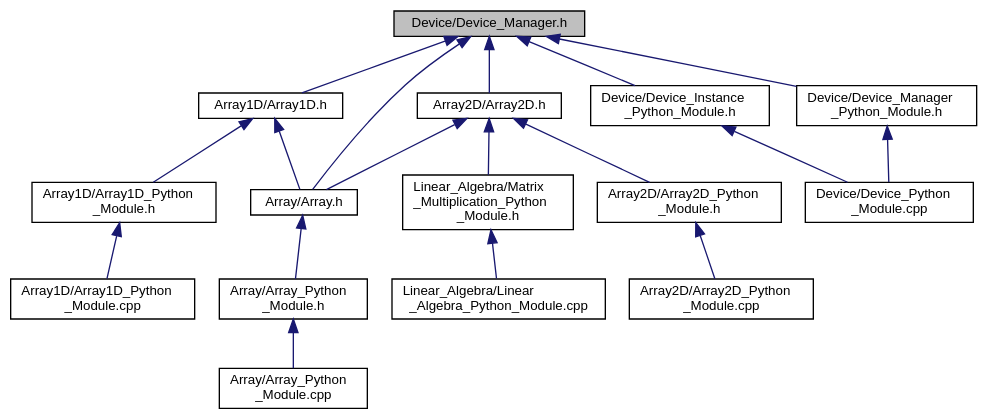
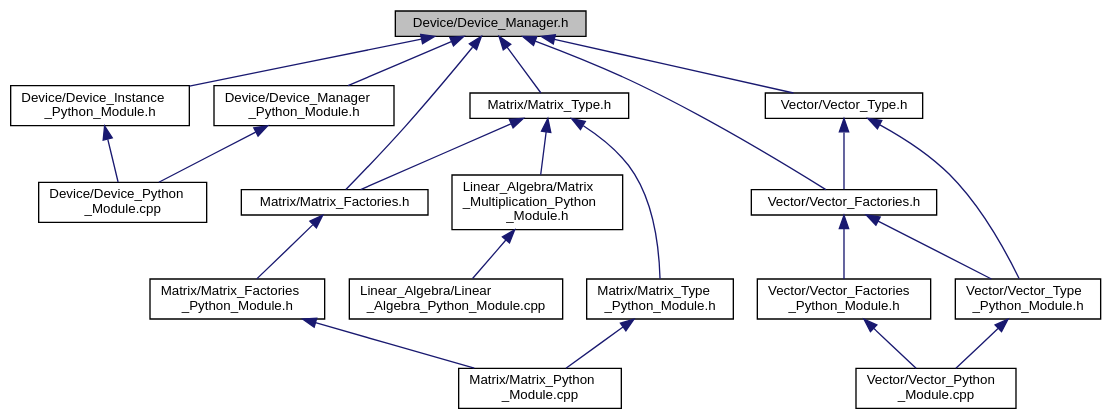
One commit to OsmanAEG/PySYCL changed the diagram in docs/PySYCL_doxygen_html/_device___manager_8h__dep__incl.dot. Above: the diagram before and after it, drawn with Graphviz. The commit also changed 350 other files, not shown here.

```diff
--- a/docs/PySYCL_doxygen_html/_device___manager_8h__dep__incl.dot
+++ b/docs/PySYCL_doxygen_html/_device___manager_8h__dep__incl.dot
@@ -1,40 +1,45 @@
 digraph "Device/Device_Manager.h"
 {
  // INTERACTIVE_SVG=YES
  // LATEX_PDF_SIZE
   bgcolor="transparent";
   edge [fontname="Helvetica",fontsize="10",labelfontname="Helvetica",labelfontsize="10"];
   node [fontname="Helvetica",fontsize="10",shape=record];
   Node1 [label="Device/Device_Manager.h",height=0.2,width=0.4,color="black", fillcolor="grey75", style="filled", fontcolor="black",tooltip="Device instance for device selection in PySYCL."];
   Node1 -> Node2 [dir="back",color="midnightblue",fontsize="10",style="solid",fontname="Helvetica"];
-  Node2 [label="Array/Array.h",height=0.2,width=0.4,color="black",URL="$_array_8h.html",tooltip="Array in PySYCL."];
+  Node2 [label="Device/Device_Instance\l_Python_Module.h",height=0.2,width=0.4,color="black",URL="$_device___instance___python___module_8h.html",tooltip="Python module for device instance in PySYCL."];
   Node2 -> Node3 [dir="back",color="midnightblue",fontsize="10",style="solid",fontname="Helvetica"];
-  Node3 [label="Array/Array_Python\l_Module.h",height=0.2,width=0.4,color="black",URL="$_array___python___module_8h.html",tooltip="Python module for an array object in PySYCL."];
-  Node3 -> Node4 [dir="back",color="midnightblue",fontsize="10",style="solid",fontname="Helvetica"];
-  Node4 [label="Array/Array_Python\l_Module.cpp",height=0.2,width=0.4,color="black",URL="$_array___python___module_8cpp.html",tooltip="Python module for array in PySYCL."];
+  Node3 [label="Device/Device_Python\l_Module.cpp",height=0.2,width=0.4,color="black",URL="$_device___python___module_8cpp.html",tooltip="Python module for device in PySYCL."];
+  Node1 -> Node4 [dir="back",color="midnightblue",fontsize="10",style="solid",fontname="Helvetica"];
+  Node4 [label="Device/Device_Manager\l_Python_Module.h",height=0.2,width=0.4,color="black",URL="$_device___manager___python___module_8h.html",tooltip="Python module for device instance in PySYCL."];
+  Node4 -> Node3 [dir="back",color="midnightblue",fontsize="10",style="solid",fontname="Helvetica"];
   Node1 -> Node5 [dir="back",color="midnightblue",fontsize="10",style="solid",fontname="Helvetica"];
-  Node5 [label="Array1D/Array1D.h",height=0.2,width=0.4,color="black",URL="$_array1_d_8h.html",tooltip="Array1D in PySYCL."];
-  Node5 -> Node2 [dir="back",color="midnightblue",fontsize="10",style="solid",fontname="Helvetica"];
+  Node5 [label="Matrix/Matrix_Factories.h",height=0.2,width=0.4,color="black",URL="$_matrix___factories_8h.html",tooltip="PySYCL Matrix Factories."];
   Node5 -> Node6 [dir="back",color="midnightblue",fontsize="10",style="solid",fontname="Helvetica"];
-  Node6 [label="Array1D/Array1D_Python\l_Module.h",height=0.2,width=0.4,color="black",URL="$_array1_d___python___module_8h.html",tooltip="Python module for an array_1d object in PySYCL."];
+  Node6 [label="Matrix/Matrix_Factories\l_Python_Module.h",height=0.2,width=0.4,color="black",URL="$_matrix___factories___python___module_8h.html",tooltip="Python module for an matrix factories in PySYCL."];
   Node6 -> Node7 [dir="back",color="midnightblue",fontsize="10",style="solid",fontname="Helvetica"];
-  Node7 [label="Array1D/Array1D_Python\l_Module.cpp",height=0.2,width=0.4,color="black",URL="$_array1_d___python___module_8cpp.html",tooltip="Python module for array_1d in PySYCL."];
+  Node7 [label="Matrix/Matrix_Python\l_Module.cpp",height=0.2,width=0.4,color="black",URL="$_matrix___python___module_8cpp.html",tooltip="Python module for matrices in PySYCL."];
   Node1 -> Node8 [dir="back",color="midnightblue",fontsize="10",style="solid",fontname="Helvetica"];
-  Node8 [label="Array2D/Array2D.h",height=0.2,width=0.4,color="black",URL="$_array2_d_8h.html",tooltip="Array2D in PySYCL."];
-  Node8 -> Node2 [dir="back",color="midnightblue",fontsize="10",style="solid",fontname="Helvetica"];
+  Node8 [label="Matrix/Matrix_Type.h",height=0.2,width=0.4,color="black",URL="$_matrix___type_8h.html",tooltip="Matrix Type Object in PySYCL."];
   Node8 -> Node9 [dir="back",color="midnightblue",fontsize="10",style="solid",fontname="Helvetica"];
-  Node9 [label="Array2D/Array2D_Python\l_Module.h",height=0.2,width=0.4,color="black",URL="$_array2_d___python___module_8h.html",tooltip="Python module for an array_2d object in PySYCL."];
+  Node9 [label="Linear_Algebra/Matrix\l_Multiplication_Python\l_Module.h",height=0.2,width=0.4,color="black",URL="$_matrix___multiplication___python___module_8h.html",tooltip="Python module for a matrix multiplication in PySYCL."];
   Node9 -> Node10 [dir="back",color="midnightblue",fontsize="10",style="solid",fontname="Helvetica"];
-  Node10 [label="Array2D/Array2D_Python\l_Module.cpp",height=0.2,width=0.4,color="black",URL="$_array2_d___python___module_8cpp.html",tooltip="Python module for array_2d in PySYCL."];
+  Node10 [label="Linear_Algebra/Linear\l_Algebra_Python_Module.cpp",height=0.2,width=0.4,color="black",URL="$_linear___algebra___python___module_8cpp.html",tooltip="Python module for linalg in PySYCL."];
+  Node8 -> Node5 [dir="back",color="midnightblue",fontsize="10",style="solid",fontname="Helvetica"];
   Node8 -> Node11 [dir="back",color="midnightblue",fontsize="10",style="solid",fontname="Helvetica"];
-  Node11 [label="Linear_Algebra/Matrix\l_Multiplication_Python\l_Module.h",height=0.2,width=0.4,color="black",URL="$_matrix___multiplication___python___module_8h.html",tooltip="Python module for a matrix multiplication in PySYCL."];
-  Node11 -> Node12 [dir="back",color="midnightblue",fontsize="10",style="solid",fontname="Helvetica"];
-  Node12 [label="Linear_Algebra/Linear\l_Algebra_Python_Module.cpp",height=0.2,width=0.4,color="black",URL="$_linear___algebra___python___module_8cpp.html",tooltip="Python module for linalg in PySYCL."];
-  Node1 -> Node13 [dir="back",color="midnightblue",fontsize="10",style="solid",fontname="Helvetica"];
-  Node13 [label="Device/Device_Instance\l_Python_Module.h",height=0.2,width=0.4,color="black",URL="$_device___instance___python___module_8h.html",tooltip="Python module for device instance in PySYCL."];
+  Node11 [label="Matrix/Matrix_Type\l_Python_Module.h",height=0.2,width=0.4,color="black",URL="$_matrix___type___python___module_8h.html",tooltip="Python module for an matrix object in PySYCL."];
+  Node11 -> Node7 [dir="back",color="midnightblue",fontsize="10",style="solid",fontname="Helvetica"];
+  Node1 -> Node12 [dir="back",color="midnightblue",fontsize="10",style="solid",fontname="Helvetica"];
+  Node12 [label="Vector/Vector_Factories.h",height=0.2,width=0.4,color="black",URL="$_vector___factories_8h.html",tooltip="PySYCL Vector Factories."];
+  Node12 -> Node13 [dir="back",color="midnightblue",fontsize="10",style="solid",fontname="Helvetica"];
+  Node13 [label="Vector/Vector_Factories\l_Python_Module.h",height=0.2,width=0.4,color="black",URL="$_vector___factories___python___module_8h.html",tooltip="Python module for a vector object in PySYCL."];
   Node13 -> Node14 [dir="back",color="midnightblue",fontsize="10",style="solid",fontname="Helvetica"];
-  Node14 [label="Device/Device_Python\l_Module.cpp",height=0.2,width=0.4,color="black",URL="$_device___python___module_8cpp.html",tooltip="Python module for device in PySYCL."];
-  Node1 -> Node15 [dir="back",color="midnightblue",fontsize="10",style="solid",fontname="Helvetica"];
-  Node15 [label="Device/Device_Manager\l_Python_Module.h",height=0.2,width=0.4,color="black",URL="$_device___manager___python___module_8h.html",tooltip="Python module for device instance in PySYCL."];
+  Node14 [label="Vector/Vector_Python\l_Module.cpp",height=0.2,width=0.4,color="black",URL="$_vector___python___module_8cpp.html",tooltip="Python module for vectors in PySYCL."];
+  Node12 -> Node15 [dir="back",color="midnightblue",fontsize="10",style="solid",fontname="Helvetica"];
+  Node15 [label="Vector/Vector_Type\l_Python_Module.h",height=0.2,width=0.4,color="black",URL="$_vector___type___python___module_8h.html",tooltip="Python module for a vector object in PySYCL."];
   Node15 -> Node14 [dir="back",color="midnightblue",fontsize="10",style="solid",fontname="Helvetica"];
+  Node1 -> Node16 [dir="back",color="midnightblue",fontsize="10",style="solid",fontname="Helvetica"];
+  Node16 [label="Vector/Vector_Type.h",height=0.2,width=0.4,color="black",URL="$_vector___type_8h.html",tooltip="Vector Type Object in PySYCL."];
+  Node16 -> Node12 [dir="back",color="midnightblue",fontsize="10",style="solid",fontname="Helvetica"];
+  Node16 -> Node15 [dir="back",color="midnightblue",fontsize="10",style="solid",fontname="Helvetica"];
 }
```
